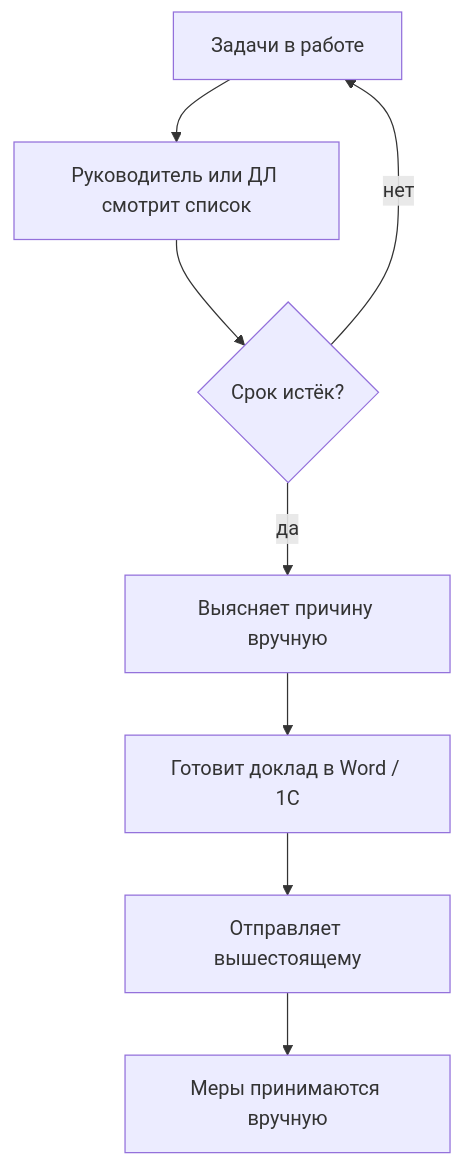
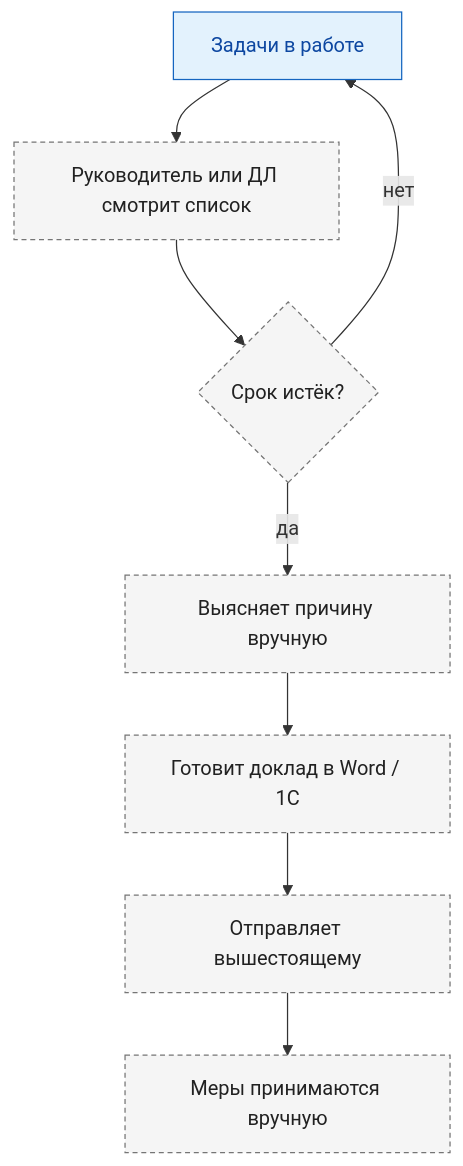
One commit to igorvolk1961/ai_scrivener changed the seventh of 16 diagrams in docs/process-diagrams.md. Above: the diagram before and after it, drawn with Mermaid. The commit also changed other lines of this file and 16 other files, not shown here.

First line of the commit message:
Reorganize docs, add C4 model and color process diagrams

````diff
--- a/docs/process-diagrams.md
+++ b/docs/process-diagrams.md
@@ -203,10 +271,14 @@
 ```mermaid
 flowchart TD
   A["Задачи в работе"] --> B["Руководитель или ДЛ смотрит список"]
   B --> C{"Срок истёк?"}
   C -->|"нет"| A
   C -->|"да"| D["Выясняет причину вручную"]
   D --> E["Готовит доклад в Word / 1С"]
   E --> F["Отправляет вышестоящему"]
   F --> G["Меры принимаются вручную"]
+  classDef base fill:#E3F2FD,stroke:#1565C0,color:#0D47A1
+  classDef manual fill:#F5F5F5,stroke:#757575,color:#212121,stroke-dasharray: 4 3
+  class A base
+  class B,C,D,E,F,G manual
 ```
````
